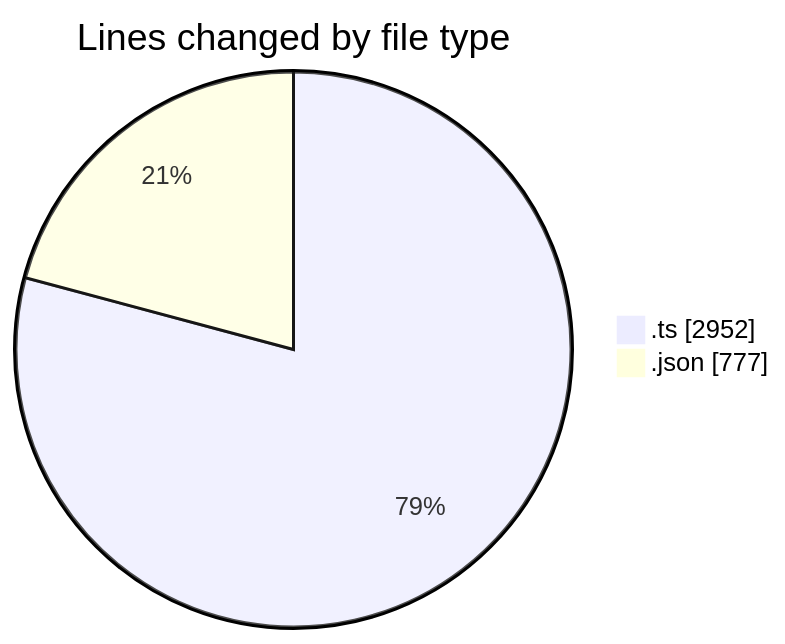
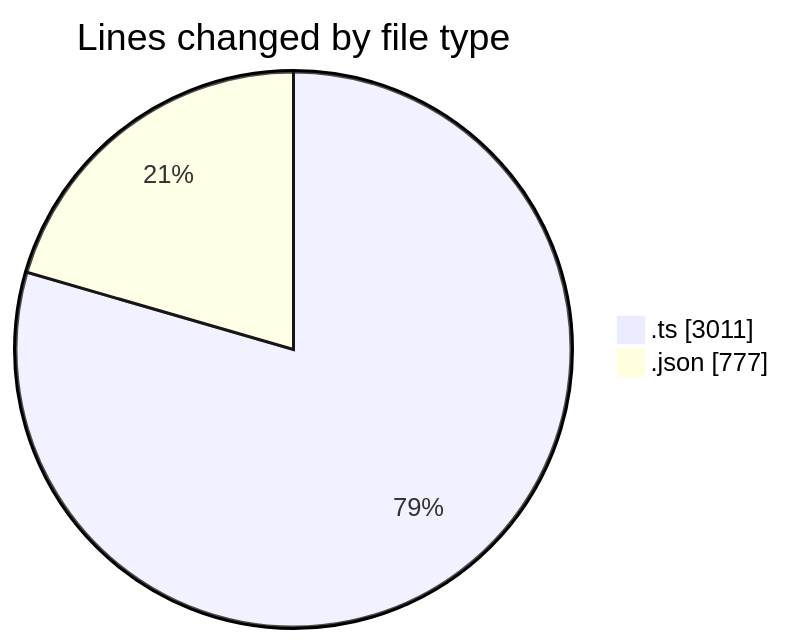
One commit to charlie-sans/code-tracking changed the first of 2 diagrams in 2025-04-30/masm-lsp/README.md. Above: the diagram before and after it, drawn with Mermaid. The commit also changed other lines of this file and 1 other file, not shown here.

````diff
--- a/2025-04-30/masm-lsp/README.md
+++ b/2025-04-30/masm-lsp/README.md
@@ -22,6 +22,6 @@
 ```mermaid
 pie showData
 title Lines changed by file type
-".ts" : 2952
+".ts" : 3011
 ".json" : 777
 ```
````
